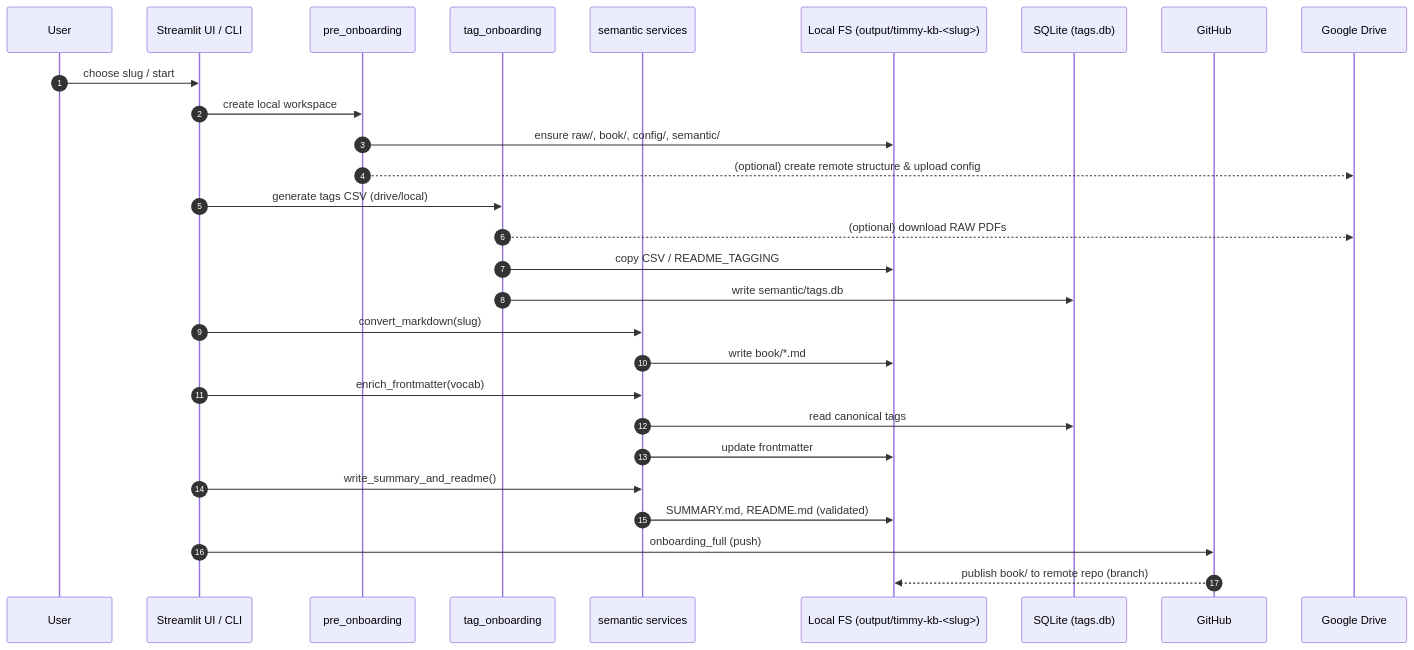
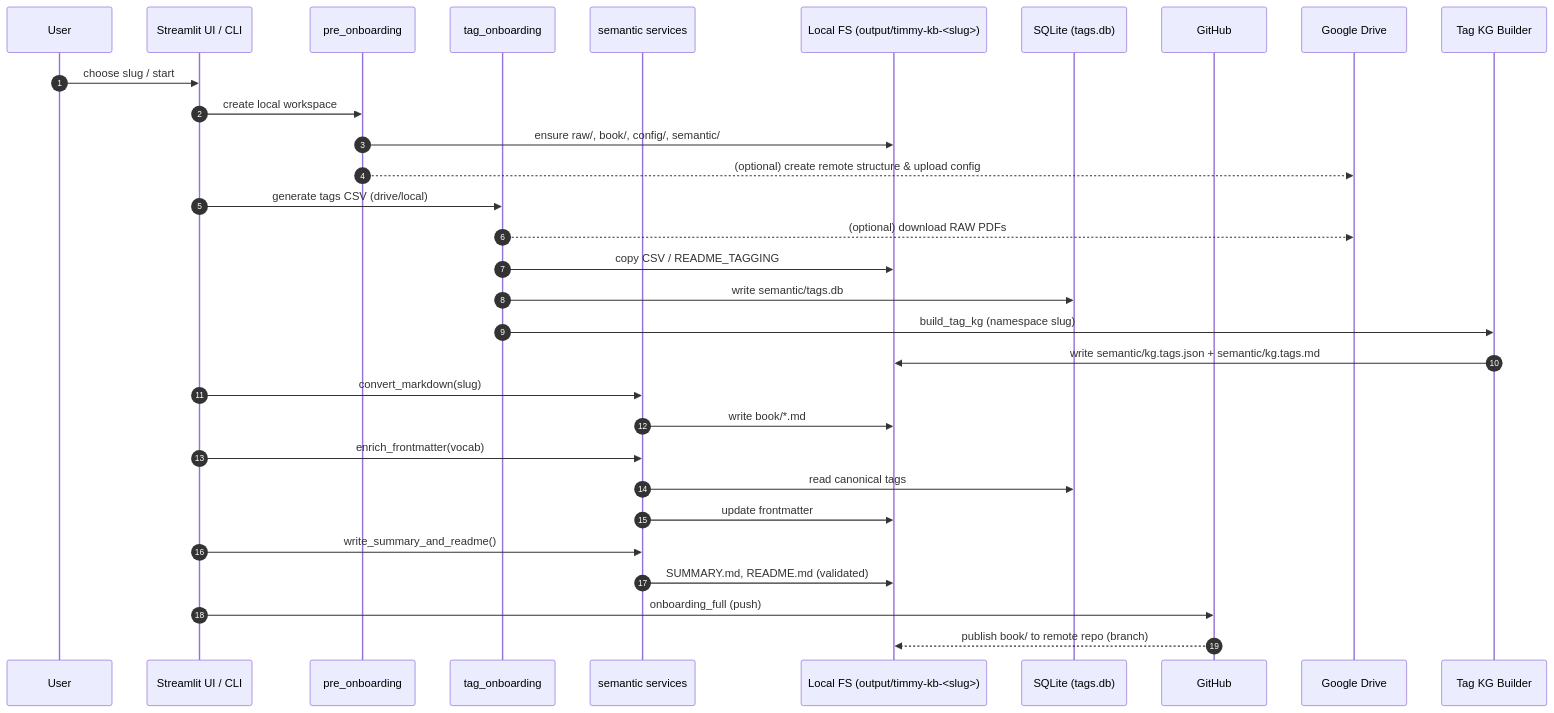
The second of 2 diagrams in docs/architecture.md (nextybase/timmy-kb-acme), drawn with Mermaid before and after one commit. The commit also changed other lines of this file and 18 other files, not shown here.

````diff
--- a/docs/architecture.md
+++ b/docs/architecture.md
@@ -86,34 +92,37 @@
 ```mermaid
 sequenceDiagram
     autonumber
     participant User
     participant UI as Streamlit UI / CLI
     participant PRE as pre_onboarding
     participant TAG as tag_onboarding
     participant SEM as semantic services
     participant FS as Local FS (output/timmy-kb-<slug>)
     participant DB as SQLite (tags.db)
     participant GH as GitHub
     participant DRV as Google Drive
+    participant KG as Tag KG Builder
 
     User->>UI: choose slug / start
     UI->>PRE: create local workspace
     PRE->>FS: ensure raw/, book/, config/, semantic/
     PRE-->>DRV: (optional) create remote structure & upload config
 
     UI->>TAG: generate tags CSV (drive/local)
     TAG-->>DRV: (optional) download RAW PDFs
     TAG->>FS: copy CSV / README_TAGGING
     TAG->>DB: write semantic/tags.db
+    TAG->>KG: build_tag_kg (namespace slug)
+    KG->>FS: write semantic/kg.tags.json + semantic/kg.tags.md
 
     UI->>SEM: convert_markdown(slug)
     SEM->>FS: write book/*.md
     UI->>SEM: enrich_frontmatter(vocab)
     SEM->>DB: read canonical tags
     SEM->>FS: update frontmatter
     UI->>SEM: write_summary_and_readme()
     SEM->>FS: SUMMARY.md, README.md (validated)
 
     UI->>GH: onboarding_full (push)
     GH-->>FS: publish book/ to remote repo (branch)
 ```
````
